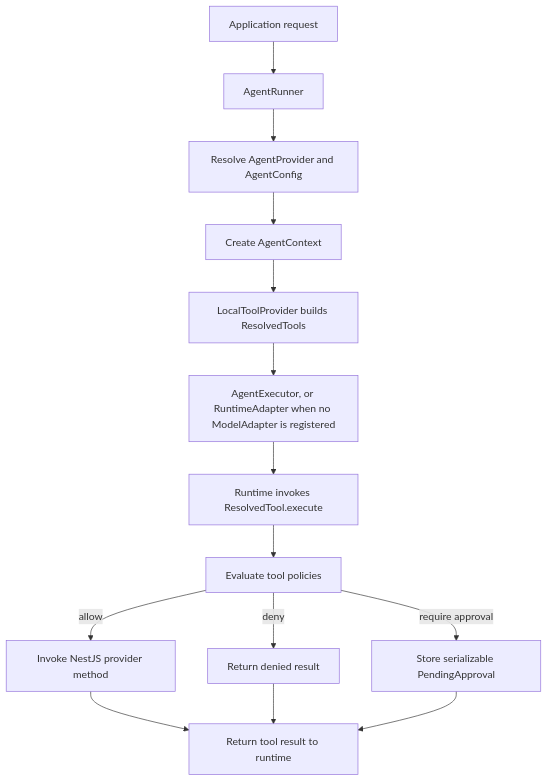
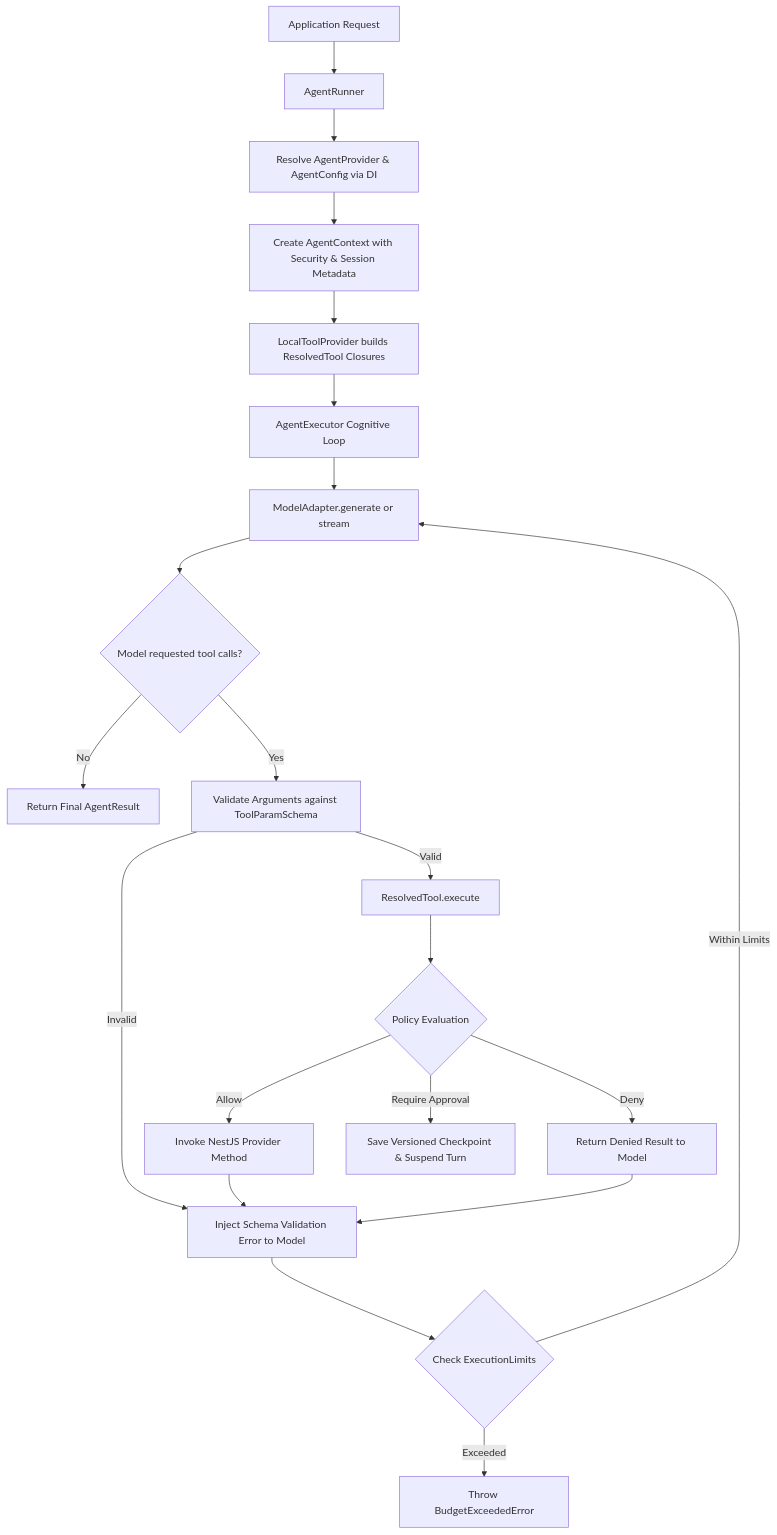
One commit to irzix/nestjs-agentic changed the first of 2 diagrams in docs/ARCHITECTURE.md. Above: the diagram before and after it, drawn with Mermaid. The commit also changed other lines of this file and 2 other files, not shown here.

Commit message:
docs: update architecture guide and roadmap to v1.0.0 GA specification (#122)

````diff
--- a/docs/ARCHITECTURE.md
+++ b/docs/ARCHITECTURE.md
@@ -40,16 +66,23 @@
 ```mermaid
 flowchart TD
-    REQUEST[Application request] --> RUNNER[AgentRunner]
-    RUNNER --> AGENT[Resolve AgentProvider and AgentConfig]
-    AGENT --> CONTEXT[Create AgentContext]
-    CONTEXT --> TOOLS[LocalToolProvider builds ResolvedTools]
-    TOOLS --> ADAPTER[AgentExecutor, or RuntimeAdapter when no ModelAdapter is registered]
-    ADAPTER --> INVOKE[Runtime invokes ResolvedTool.execute]
-    INVOKE --> POLICIES[Evaluate tool policies]
-    POLICIES -->|allow| METHOD[Invoke NestJS provider method]
-    POLICIES -->|deny| DENIED[Return denied result]
-    POLICIES -->|require approval| PENDING[Store serializable PendingApproval]
-    METHOD --> RESULT[Return tool result to runtime]
-    DENIED --> RESULT
-    PENDING --> RESULT
+    REQ[Application Request] --> RUNNER[AgentRunner]
+    RUNNER --> RESOLVE[Resolve AgentProvider & AgentConfig via DI]
+    RESOLVE --> CTX[Create AgentContext with Security & Session Metadata]
+    CTX --> TOOLS[LocalToolProvider builds ResolvedTool Closures]
+    TOOLS --> EXEC[AgentExecutor Cognitive Loop]
+    EXEC --> MODEL[ModelAdapter.generate or stream]
+    MODEL --> DECIDE{Model requested tool calls?}
+    DECIDE -->|No| DONE[Return Final AgentResult]
+    DECIDE -->|Yes| VALIDATE[Validate Arguments against ToolParamSchema]
+    VALIDATE -->|Invalid| FEEDBACK[Inject Schema Validation Error to Model]
+    VALIDATE -->|Valid| TOOL[ResolvedTool.execute]
+    TOOL --> POLICY{Policy Evaluation}
+    POLICY -->|Allow| METHOD[Invoke NestJS Provider Method]
+    POLICY -->|Deny| DENIED[Return Denied Result to Model]
+    POLICY -->|Require Approval| SUSPEND[Save Versioned Checkpoint & Suspend Turn]
+    METHOD --> FEEDBACK
+    DENIED --> FEEDBACK
+    FEEDBACK --> BUDGET{Check ExecutionLimits}
+    BUDGET -->|Exceeded| TERMINATE[Throw BudgetExceededError]
+    BUDGET -->|Within Limits| MODEL
 ```
````
